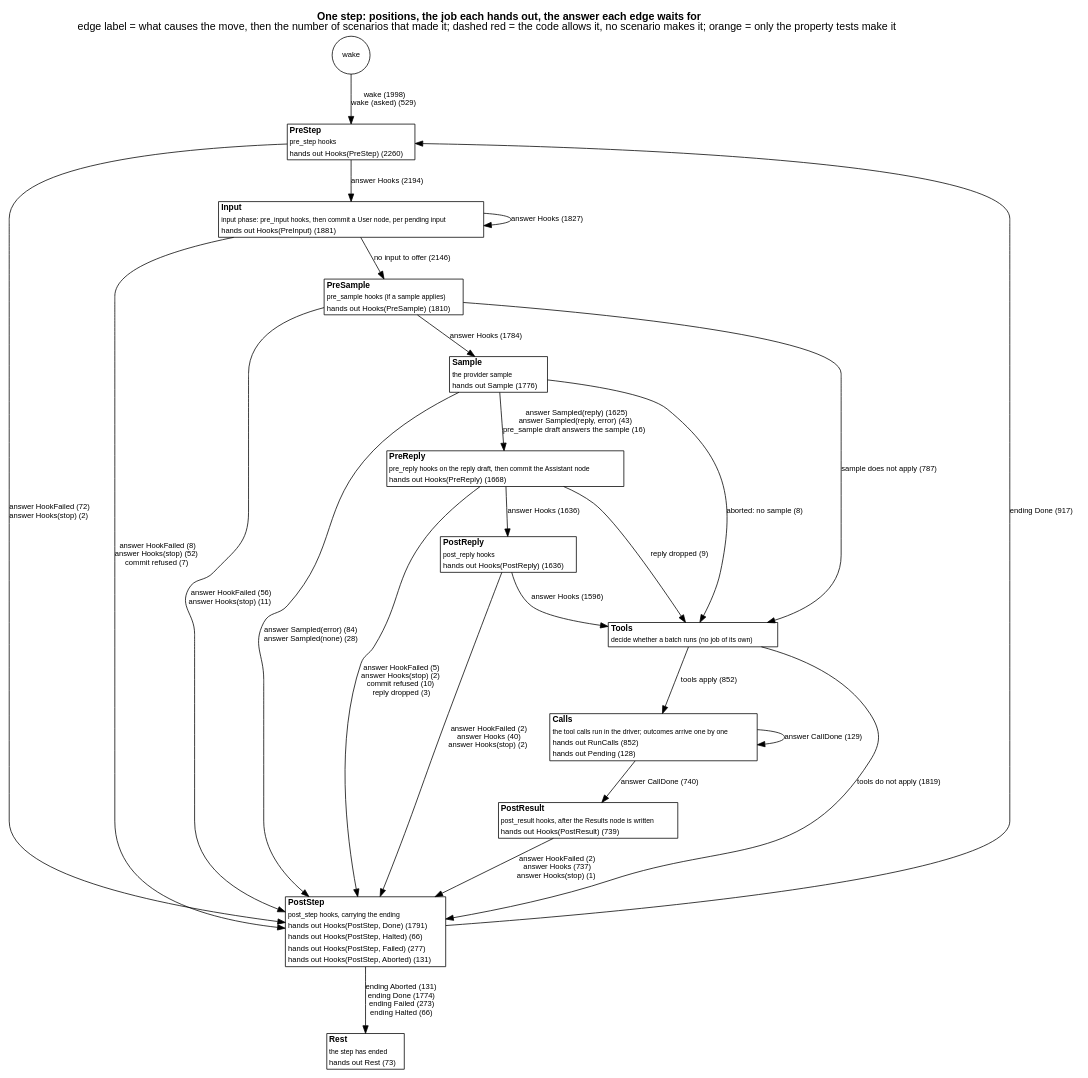
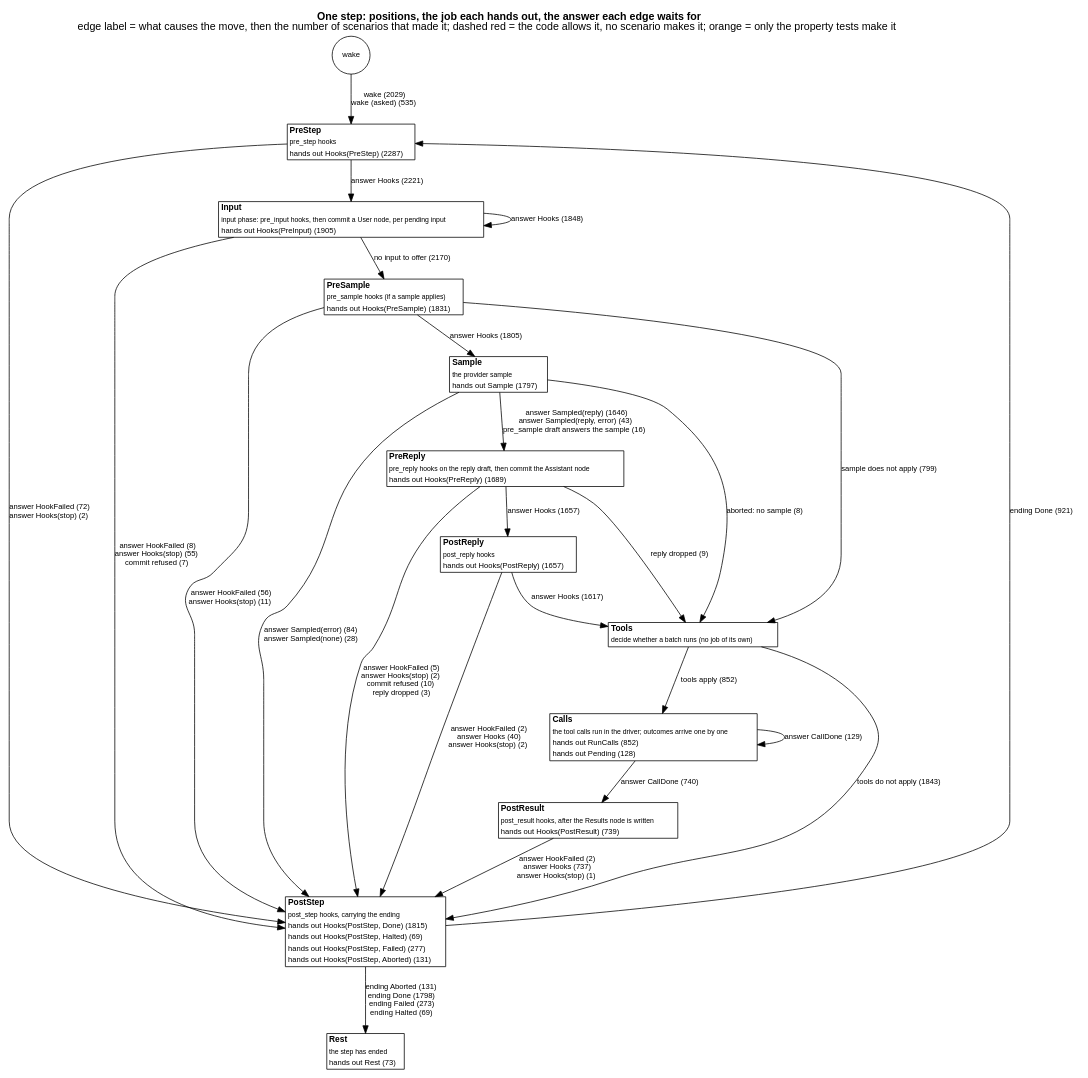
The diagram in docs/as-built/diagrams/step-positions.dot (jmccardle/tau), drawn with Graphviz before and after one commit. The commit also changed 4 other files, not shown here.

Commit message:
as-built diagrams: refreshed (User and Input carry images; the user-image tests add their runs)

```diff
--- a/docs/as-built/diagrams/step-positions.dot
+++ b/docs/as-built/diagrams/step-positions.dot
@@ -1,42 +1,42 @@
 // Generated by scripts/diagrams.sh from the test suites' transitions. Do not edit.
 digraph step_positions {
   graph [rankdir=TB, fontname="Helvetica", nodesep=0.5, ranksep=0.6, labelloc=t, label=<<b>One step: positions, the job each hands out, the answer each edge waits for</b><br/>edge label = what causes the move, then the number of scenarios that made it; dashed red = the code allows it, no scenario makes it; orange = only the property tests make it>];
   node [shape=plain, fontname="Helvetica", fontsize=11];
   edge [fontname="Helvetica", fontsize=10];
   "(wake)" [shape=circle, label="wake", fontsize=10];
-  "PreStep" [label=<<table border="1" cellborder="0" cellspacing="0" bgcolor="white"><tr><td align="left"><b>PreStep</b></td></tr><tr><td align="left"><font point-size="9">pre_step hooks</font></td></tr><tr><td align="left"><font color="black" point-size="10">hands out Hooks(PreStep) (2260)</font></td></tr></table>>];
-  "Input" [label=<<table border="1" cellborder="0" cellspacing="0" bgcolor="white"><tr><td align="left"><b>Input</b></td></tr><tr><td align="left"><font point-size="9">input phase: pre_input hooks, then commit a User node, per pending input</font></td></tr><tr><td align="left"><font color="black" point-size="10">hands out Hooks(PreInput) (1881)</font></td></tr></table>>];
-  "PreSample" [label=<<table border="1" cellborder="0" cellspacing="0" bgcolor="white"><tr><td align="left"><b>PreSample</b></td></tr><tr><td align="left"><font point-size="9">pre_sample hooks (if a sample applies)</font></td></tr><tr><td align="left"><font color="black" point-size="10">hands out Hooks(PreSample) (1810)</font></td></tr></table>>];
-  "Sample" [label=<<table border="1" cellborder="0" cellspacing="0" bgcolor="white"><tr><td align="left"><b>Sample</b></td></tr><tr><td align="left"><font point-size="9">the provider sample</font></td></tr><tr><td align="left"><font color="black" point-size="10">hands out Sample (1776)</font></td></tr></table>>];
-  "PreReply" [label=<<table border="1" cellborder="0" cellspacing="0" bgcolor="white"><tr><td align="left"><b>PreReply</b></td></tr><tr><td align="left"><font point-size="9">pre_reply hooks on the reply draft, then commit the Assistant node</font></td></tr><tr><td align="left"><font color="black" point-size="10">hands out Hooks(PreReply) (1668)</font></td></tr></table>>];
-  "PostReply" [label=<<table border="1" cellborder="0" cellspacing="0" bgcolor="white"><tr><td align="left"><b>PostReply</b></td></tr><tr><td align="left"><font point-size="9">post_reply hooks</font></td></tr><tr><td align="left"><font color="black" point-size="10">hands out Hooks(PostReply) (1636)</font></td></tr></table>>];
+  "PreStep" [label=<<table border="1" cellborder="0" cellspacing="0" bgcolor="white"><tr><td align="left"><b>PreStep</b></td></tr><tr><td align="left"><font point-size="9">pre_step hooks</font></td></tr><tr><td align="left"><font color="black" point-size="10">hands out Hooks(PreStep) (2287)</font></td></tr></table>>];
+  "Input" [label=<<table border="1" cellborder="0" cellspacing="0" bgcolor="white"><tr><td align="left"><b>Input</b></td></tr><tr><td align="left"><font point-size="9">input phase: pre_input hooks, then commit a User node, per pending input</font></td></tr><tr><td align="left"><font color="black" point-size="10">hands out Hooks(PreInput) (1905)</font></td></tr></table>>];
+  "PreSample" [label=<<table border="1" cellborder="0" cellspacing="0" bgcolor="white"><tr><td align="left"><b>PreSample</b></td></tr><tr><td align="left"><font point-size="9">pre_sample hooks (if a sample applies)</font></td></tr><tr><td align="left"><font color="black" point-size="10">hands out Hooks(PreSample) (1831)</font></td></tr></table>>];
+  "Sample" [label=<<table border="1" cellborder="0" cellspacing="0" bgcolor="white"><tr><td align="left"><b>Sample</b></td></tr><tr><td align="left"><font point-size="9">the provider sample</font></td></tr><tr><td align="left"><font color="black" point-size="10">hands out Sample (1797)</font></td></tr></table>>];
+  "PreReply" [label=<<table border="1" cellborder="0" cellspacing="0" bgcolor="white"><tr><td align="left"><b>PreReply</b></td></tr><tr><td align="left"><font point-size="9">pre_reply hooks on the reply draft, then commit the Assistant node</font></td></tr><tr><td align="left"><font color="black" point-size="10">hands out Hooks(PreReply) (1689)</font></td></tr></table>>];
+  "PostReply" [label=<<table border="1" cellborder="0" cellspacing="0" bgcolor="white"><tr><td align="left"><b>PostReply</b></td></tr><tr><td align="left"><font point-size="9">post_reply hooks</font></td></tr><tr><td align="left"><font color="black" point-size="10">hands out Hooks(PostReply) (1657)</font></td></tr></table>>];
   "Tools" [label=<<table border="1" cellborder="0" cellspacing="0" bgcolor="white"><tr><td align="left"><b>Tools</b></td></tr><tr><td align="left"><font point-size="9">decide whether a batch runs (no job of its own)</font></td></tr></table>>];
   "Calls" [label=<<table border="1" cellborder="0" cellspacing="0" bgcolor="white"><tr><td align="left"><b>Calls</b></td></tr><tr><td align="left"><font point-size="9">the tool calls run in the driver; outcomes arrive one by one</font></td></tr><tr><td align="left"><font color="black" point-size="10">hands out RunCalls (852)</font></td></tr><tr><td align="left"><font color="black" point-size="10">hands out Pending (128)</font></td></tr></table>>];
   "PostResult" [label=<<table border="1" cellborder="0" cellspacing="0" bgcolor="white"><tr><td align="left"><b>PostResult</b></td></tr><tr><td align="left"><font point-size="9">post_result hooks, after the Results node is written</font></td></tr><tr><td align="left"><font color="black" point-size="10">hands out Hooks(PostResult) (739)</font></td></tr></table>>];
-  "PostStep" [label=<<table border="1" cellborder="0" cellspacing="0" bgcolor="white"><tr><td align="left"><b>PostStep</b></td></tr><tr><td align="left"><font point-size="9">post_step hooks, carrying the ending</font></td></tr><tr><td align="left"><font color="black" point-size="10">hands out Hooks(PostStep, Done) (1791)</font></td></tr><tr><td align="left"><font color="black" point-size="10">hands out Hooks(PostStep, Halted) (66)</font></td></tr><tr><td align="left"><font color="black" point-size="10">hands out Hooks(PostStep, Failed) (277)</font></td></tr><tr><td align="left"><font color="black" point-size="10">hands out Hooks(PostStep, Aborted) (131)</font></td></tr></table>>];
+  "PostStep" [label=<<table border="1" cellborder="0" cellspacing="0" bgcolor="white"><tr><td align="left"><b>PostStep</b></td></tr><tr><td align="left"><font point-size="9">post_step hooks, carrying the ending</font></td></tr><tr><td align="left"><font color="black" point-size="10">hands out Hooks(PostStep, Done) (1815)</font></td></tr><tr><td align="left"><font color="black" point-size="10">hands out Hooks(PostStep, Halted) (69)</font></td></tr><tr><td align="left"><font color="black" point-size="10">hands out Hooks(PostStep, Failed) (277)</font></td></tr><tr><td align="left"><font color="black" point-size="10">hands out Hooks(PostStep, Aborted) (131)</font></td></tr></table>>];
   "Rest" [label=<<table border="1" cellborder="0" cellspacing="0" bgcolor="white"><tr><td align="left"><b>Rest</b></td></tr><tr><td align="left"><font point-size="9">the step has ended</font></td></tr><tr><td align="left"><font color="black" point-size="10">hands out Rest (73)</font></td></tr></table>>];
-  "(wake)" -> "PreStep" [label=<wake (1998)<br/>wake (asked) (529)>, color="black", style=solid];
+  "(wake)" -> "PreStep" [label=<wake (2029)<br/>wake (asked) (535)>, color="black", style=solid];
   "Calls" -> "Calls" [label=<answer CallDone (129)>, color="black", style=solid];
   "Calls" -> "PostResult" [label=<answer CallDone (740)>, color="black", style=solid];
-  "Input" -> "Input" [label=<answer Hooks (1827)>, color="black", style=solid];
-  "Input" -> "PostStep" [label=<answer HookFailed (8)<br/>answer Hooks(stop) (52)<br/>commit refused (7)>, color="black", style=solid];
-  "Input" -> "PreSample" [label=<no input to offer (2146)>, color="black", style=solid];
+  "Input" -> "Input" [label=<answer Hooks (1848)>, color="black", style=solid];
+  "Input" -> "PostStep" [label=<answer HookFailed (8)<br/>answer Hooks(stop) (55)<br/>commit refused (7)>, color="black", style=solid];
+  "Input" -> "PreSample" [label=<no input to offer (2170)>, color="black", style=solid];
   "PostReply" -> "PostStep" [label=<answer HookFailed (2)<br/>answer Hooks (40)<br/>answer Hooks(stop) (2)>, color="black", style=solid];
-  "PostReply" -> "Tools" [label=<answer Hooks (1596)>, color="black", style=solid];
+  "PostReply" -> "Tools" [label=<answer Hooks (1617)>, color="black", style=solid];
   "PostResult" -> "PostStep" [label=<answer HookFailed (2)<br/>answer Hooks (737)<br/>answer Hooks(stop) (1)>, color="black", style=solid];
-  "PostStep" -> "PreStep" [label=<ending Done (917)>, color="black", style=solid];
-  "PostStep" -> "Rest" [label=<ending Aborted (131)<br/>ending Done (1774)<br/>ending Failed (273)<br/>ending Halted (66)>, color="black", style=solid];
-  "PreReply" -> "PostReply" [label=<answer Hooks (1636)>, color="black", style=solid];
+  "PostStep" -> "PreStep" [label=<ending Done (921)>, color="black", style=solid];
+  "PostStep" -> "Rest" [label=<ending Aborted (131)<br/>ending Done (1798)<br/>ending Failed (273)<br/>ending Halted (69)>, color="black", style=solid];
+  "PreReply" -> "PostReply" [label=<answer Hooks (1657)>, color="black", style=solid];
   "PreReply" -> "PostStep" [label=<answer HookFailed (5)<br/>answer Hooks(stop) (2)<br/>commit refused (10)<br/>reply dropped (3)>, color="black", style=solid];
   "PreReply" -> "Tools" [label=<reply dropped (9)>, color="black", style=solid];
   "PreSample" -> "PostStep" [label=<answer HookFailed (56)<br/>answer Hooks(stop) (11)>, color="black", style=solid];
-  "PreSample" -> "Sample" [label=<answer Hooks (1784)>, color="black", style=solid];
-  "PreSample" -> "Tools" [label=<sample does not apply (787)>, color="black", style=solid];
-  "PreStep" -> "Input" [label=<answer Hooks (2194)>, color="black", style=solid];
+  "PreSample" -> "Sample" [label=<answer Hooks (1805)>, color="black", style=solid];
+  "PreSample" -> "Tools" [label=<sample does not apply (799)>, color="black", style=solid];
+  "PreStep" -> "Input" [label=<answer Hooks (2221)>, color="black", style=solid];
   "PreStep" -> "PostStep" [label=<answer HookFailed (72)<br/>answer Hooks(stop) (2)>, color="black", style=solid];
   "Sample" -> "PostStep" [label=<answer Sampled(error) (84)<br/>answer Sampled(none) (28)>, color="black", style=solid];
-  "Sample" -> "PreReply" [label=<answer Sampled(reply) (1625)<br/>answer Sampled(reply, error) (43)<br/>pre_sample draft answers the sample (16)>, color="black", style=solid];
+  "Sample" -> "PreReply" [label=<answer Sampled(reply) (1646)<br/>answer Sampled(reply, error) (43)<br/>pre_sample draft answers the sample (16)>, color="black", style=solid];
   "Sample" -> "Tools" [label=<aborted: no sample (8)>, color="black", style=solid];
   "Tools" -> "Calls" [label=<tools apply (852)>, color="black", style=solid];
-  "Tools" -> "PostStep" [label=<tools do not apply (1819)>, color="black", style=solid];
+  "Tools" -> "PostStep" [label=<tools do not apply (1843)>, color="black", style=solid];
 }
```
